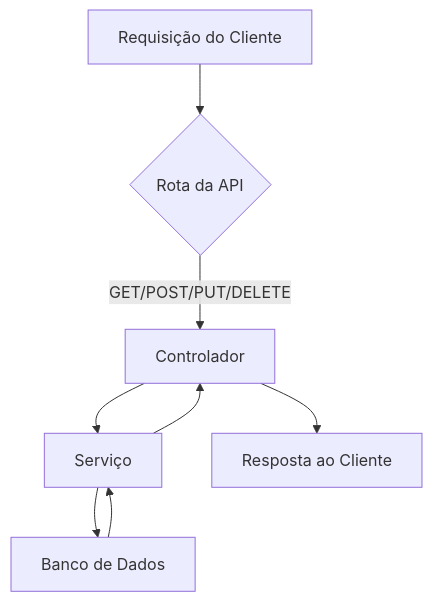
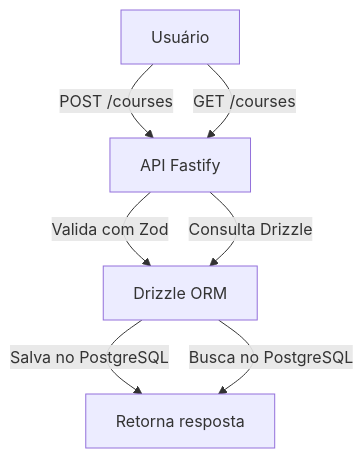
Before and after one commit to RayRodriguesBa/desafio-api-nodejs: the diagram in README.md, drawn with Mermaid. The commit also changed other lines of this file, not shown here.

````diff
--- a/README.md
+++ b/README.md
@@ -32,10 +104,9 @@
 ```mermaid
 flowchart TD
-    A[Requisição do Cliente] --> B{Rota da API}
-    B -- GET/POST/PUT/DELETE --> C[Controlador]
-    C --> D[Serviço]
-    D --> E[Banco de Dados]
-    E --> D
-    D --> C
-    C --> F[Resposta ao Cliente]
+     A[Usuário] -->|POST /courses| B[API Fastify]
+     B -->|Valida com Zod| C[Drizzle ORM]
+     C -->|Salva no PostgreSQL| D[Retorna resposta]
+     A -->|GET /courses| B
+     B -->|Consulta Drizzle| C
+     C -->|Busca no PostgreSQL| D
 ```
````
